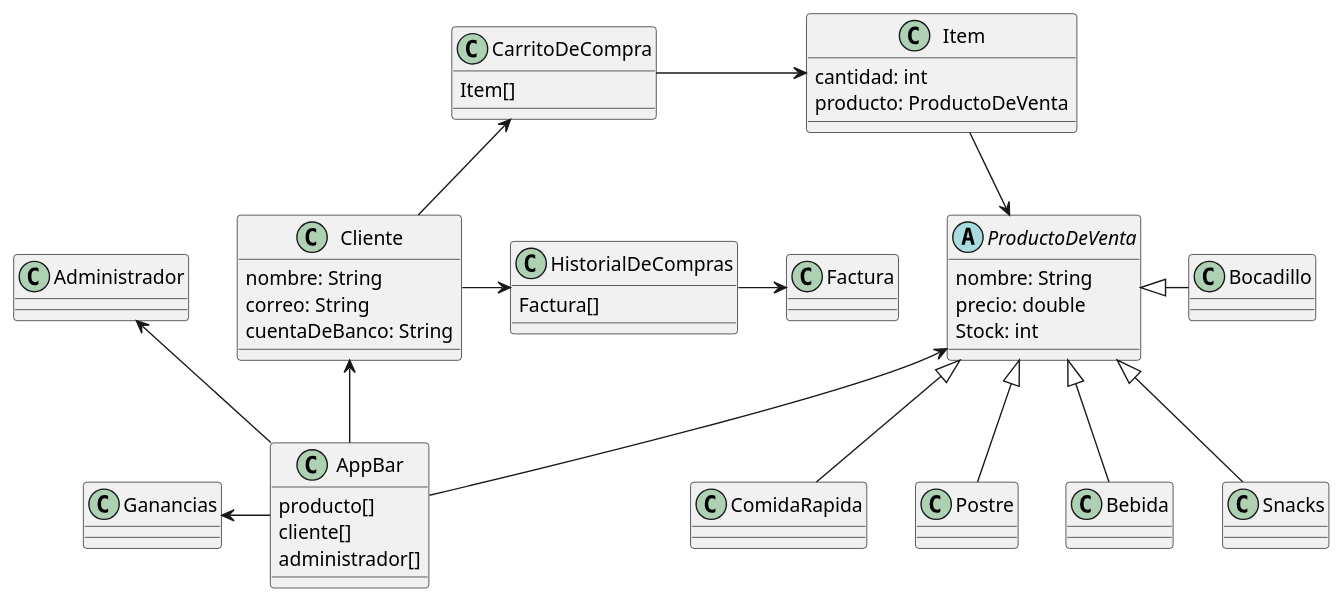
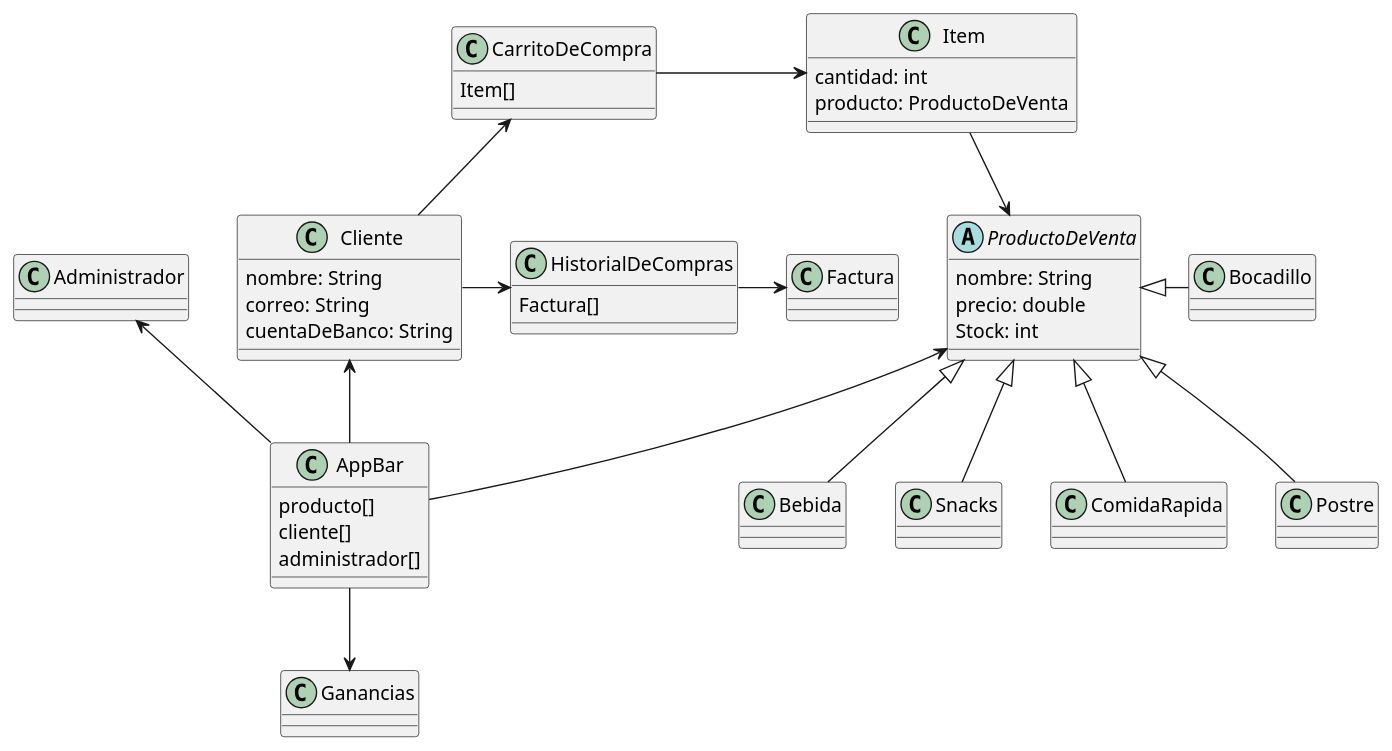
One commit to FernandoHuilca/PoliEats_ProyectoEDA changed the diagram in .idea/Diagrama.puml. Above: the diagram before and after it, drawn with PlantUML.

Commit message:
Primera visualización

```diff
--- a/.idea/Diagrama.puml
+++ b/.idea/Diagrama.puml
@@ -1,82 +1,82 @@
 @startuml
 'https://plantuml.com/class-diagram
 
 class AppBar{
     producto[]
     cliente[]
     administrador[]
 }
 
 class Ganancias{
 
 }
 
 abstract class ProductoDeVenta{
     nombre: String
     precio: double
     Stock: int
 }
 
 class Cliente{
     nombre: String
     correo: String
     cuentaDeBanco: String
 }
 
 class HistorialDeCompras{
     Factura[]
 }
 
 class Factura{
 
 }
 
 class CarritoDeCompra{
     Item[]
 }
 
 class Item{
     cantidad: int
     producto: ProductoDeVenta
 }
 
 class Bebida{
 
 }
 
 class Snacks{
 
 }
 
 class Bocadillo{
 
 }
 
 class ComidaRapida{
 
 }
 
 class Postre{
 
 }
 
 class Administrador{
 
 }
 
-AppBar -l-> Ganancias
+AppBar --> Ganancias
 AppBar -l-> ProductoDeVenta
 AppBar -u-> Cliente
 Cliente -r-> HistorialDeCompras
 HistorialDeCompras -r-> Factura
 Cliente -u-> CarritoDeCompra
 CarritoDeCompra -r-> Item
 AppBar -u-> Administrador
 Item --> ProductoDeVenta
 ProductoDeVenta <|-- Bebida
 ProductoDeVenta <|-- ComidaRapida
 ProductoDeVenta <|-- Snacks
 ProductoDeVenta <|-r- Bocadillo
 ProductoDeVenta <|-- Postre
 
 @enduml
```
